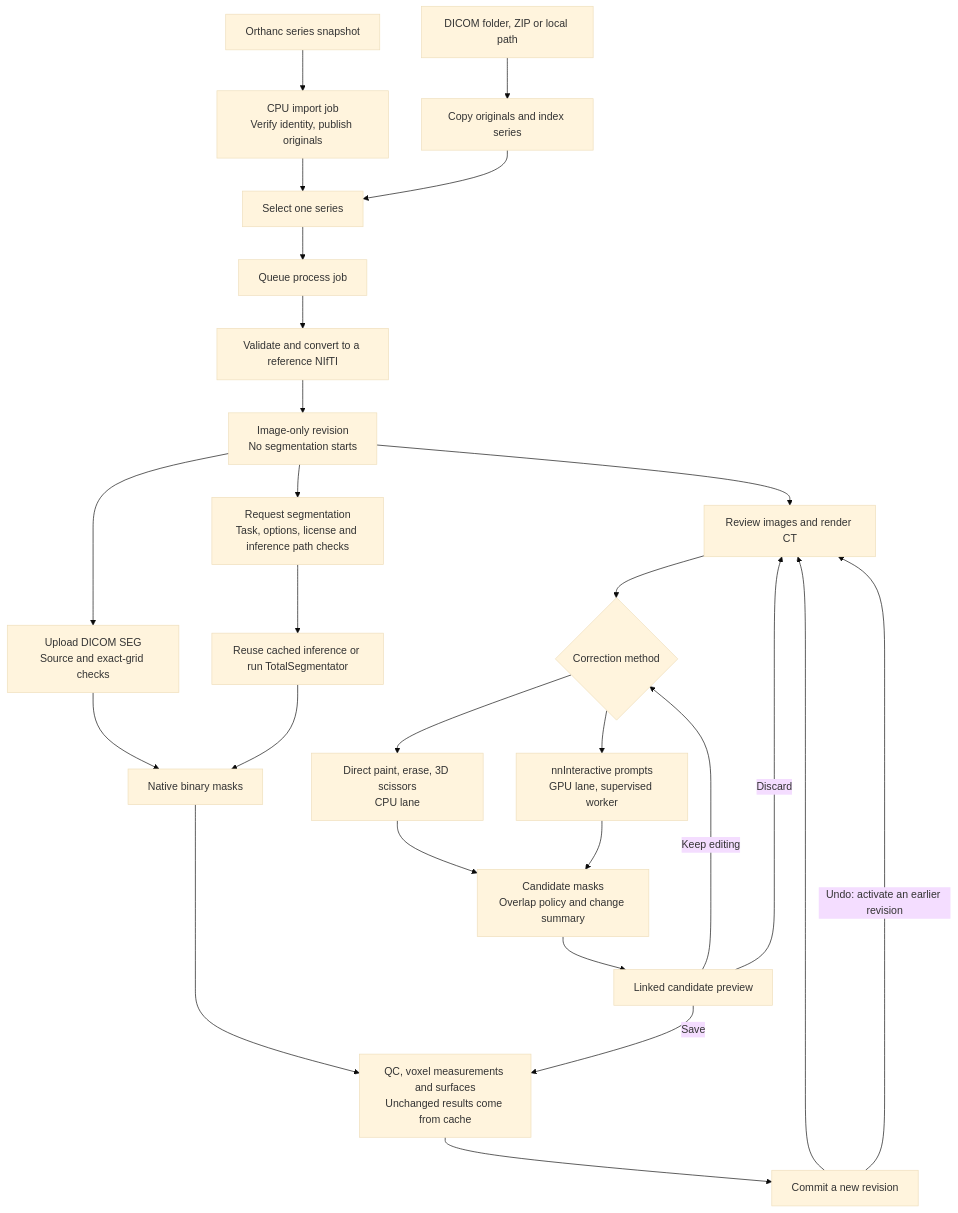
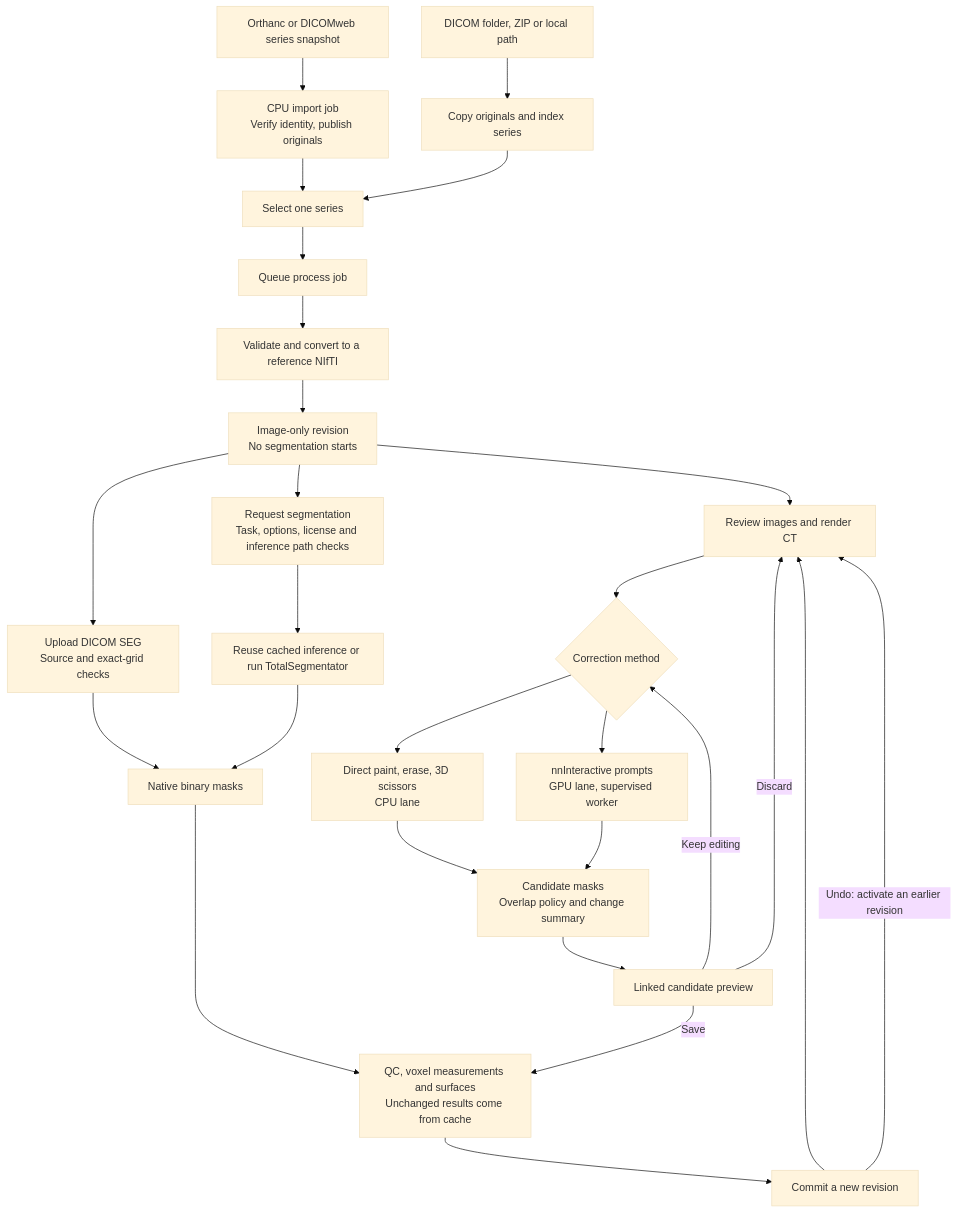
Before and after one commit to Truth129/3DScan: the diagram in docs/ARCHITECTURE.md, drawn with Mermaid (base theme). The commit also changed other lines of this file and 13 other files, not shown here.

First line of the commit message:
Import from a DICOMweb archive

````diff
--- a/docs/ARCHITECTURE.md
+++ b/docs/ARCHITECTURE.md
@@ -67,29 +68,29 @@
 ```mermaid
 flowchart TD
   INPUT["DICOM folder, ZIP or local path"] --> IMPORT["Copy originals and index series"]
-  ARCHIVE["Orthanc series snapshot"] --> COPY["CPU import job<br/>Verify identity, publish originals"]
+  ARCHIVE["Orthanc or DICOMweb series snapshot"] --> COPY["CPU import job<br/>Verify identity, publish originals"]
   COPY --> SELECT
   IMPORT --> SELECT["Select one series"]
   SELECT --> OPEN["Queue process job"]
   OPEN --> CONVERT["Validate and convert to a reference NIfTI"]
   CONVERT --> IMAGE["Image-only revision<br/>No segmentation starts"]
   IMAGE --> VIEW["Review images and render CT"]
   IMAGE --> SEGIMPORT["Upload DICOM SEG<br/>Source and exact-grid checks"]
   IMAGE --> REQUEST["Request segmentation<br/>Task, options, license and inference path checks"]
   REQUEST --> INFER["Reuse cached inference or run TotalSegmentator"]
   SEGIMPORT --> MASKS["Native binary masks"]
   INFER --> MASKS
   MASKS --> ARTIFACTS["QC, voxel measurements and surfaces<br/>Unchanged results come from cache"]
   ARTIFACTS --> SAVE["Commit a new revision"]
   SAVE --> VIEW
   VIEW --> METHOD{"Correction method"}
   METHOD --> DIRECT["Direct paint, erase, 3D scissors<br/>CPU lane"]
   METHOD --> AI["nnInteractive prompts<br/>GPU lane, supervised worker"]
   DIRECT --> CANDIDATE["Candidate masks<br/>Overlap policy and change summary"]
   AI --> CANDIDATE
   CANDIDATE --> PREVIEW["Linked candidate preview"]
   PREVIEW -->|"Keep editing"| METHOD
   PREVIEW -->|"Discard"| VIEW
   PREVIEW -->|"Save"| ARTIFACTS
   SAVE -->|"Undo: activate an earlier revision"| VIEW
 ```
````
